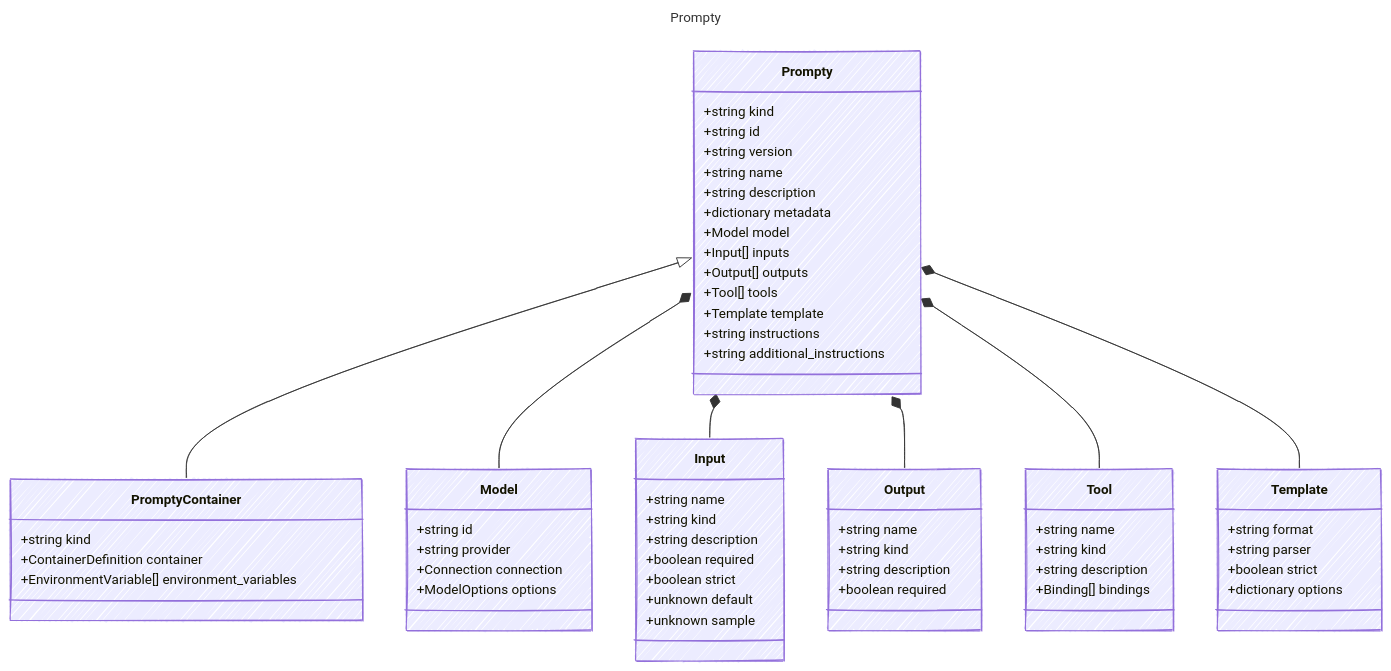
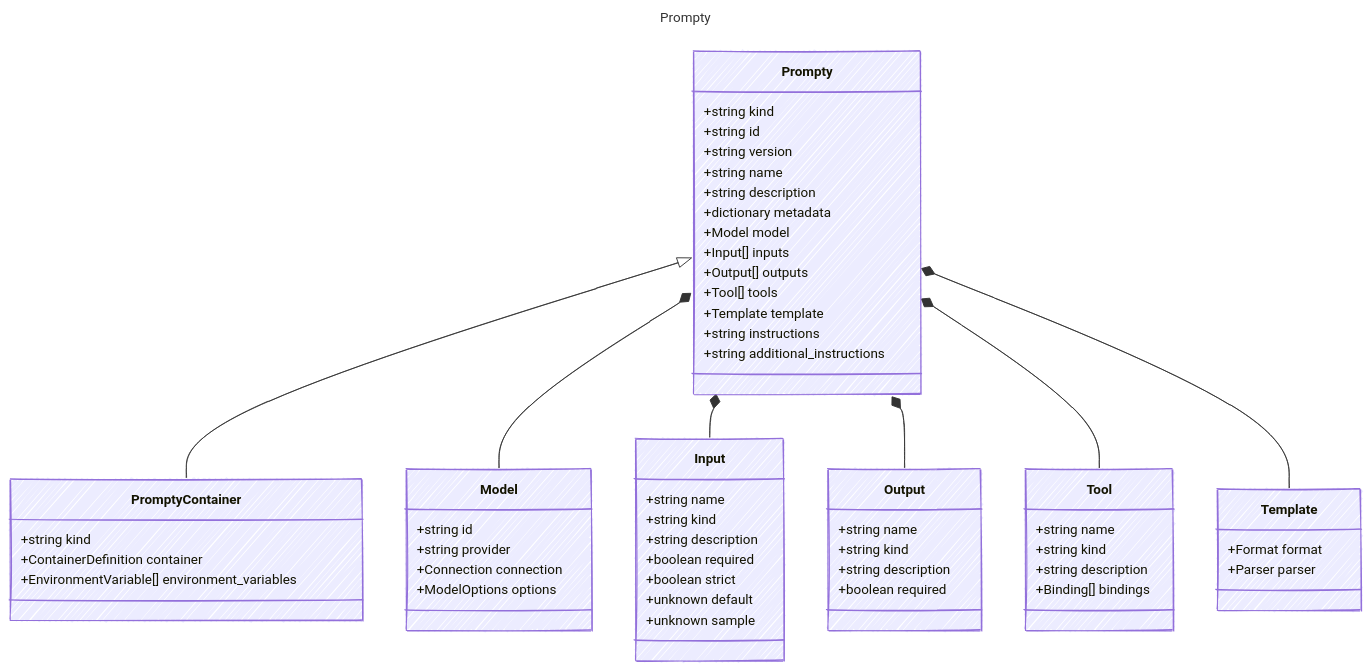
Before and after one commit to microsoft/prompty: the diagram in specification/prompty/docs/Prompty.md, drawn with Mermaid. The commit also changed 5 other files, not shown here.

````diff
--- a/specification/prompty/docs/Prompty.md
+++ b/specification/prompty/docs/Prompty.md
@@ -12,70 +12,68 @@
 ```mermaid
 ---
 title: Prompty
 config:
   look: handDrawn
   theme: colorful
   class:
     hideEmptyMembersBox: true
 ---
 classDiagram
     class Prompty {
         +string kind
         +string id
         +string version
         +string name
         +string description
         +dictionary metadata
         +Model model
         +Input[] inputs
         +Output[] outputs
         +Tool[] tools
         +Template template
         +string instructions
         +string additional_instructions
     }
     class PromptyContainer {
         +string kind
         +ContainerDefinition container
         +EnvironmentVariable[] environment_variables
     }
     Prompty <|-- PromptyContainer
     class Model {
         +string id
         +string provider
         +Connection connection
         +ModelOptions options
     }
     Prompty *-- Model
     class Input {
         +string name
         +string kind
         +string description
         +boolean required
         +boolean strict
         +unknown default
         +unknown sample
     }
     Prompty *-- Input
     class Output {
         +string name
         +string kind
         +string description
         +boolean required
     }
     Prompty *-- Output
     class Tool {
         +string name
         +string kind
         +string description
         +Binding[] bindings
     }
     Prompty *-- Tool
     class Template {
-        +string format
-        +string parser
-        +boolean strict
-        +dictionary options
+        +Format format
+        +Parser parser
     }
     Prompty *-- Template
 ```
````
